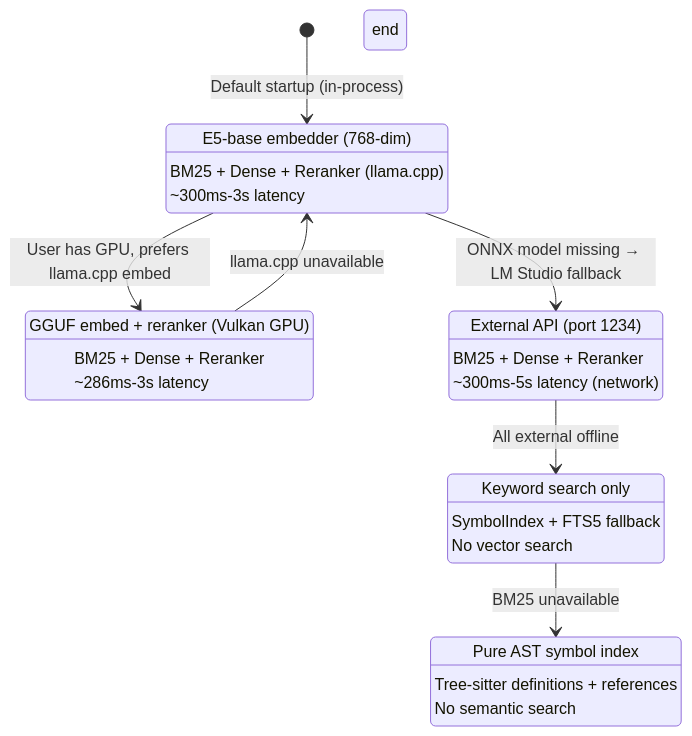
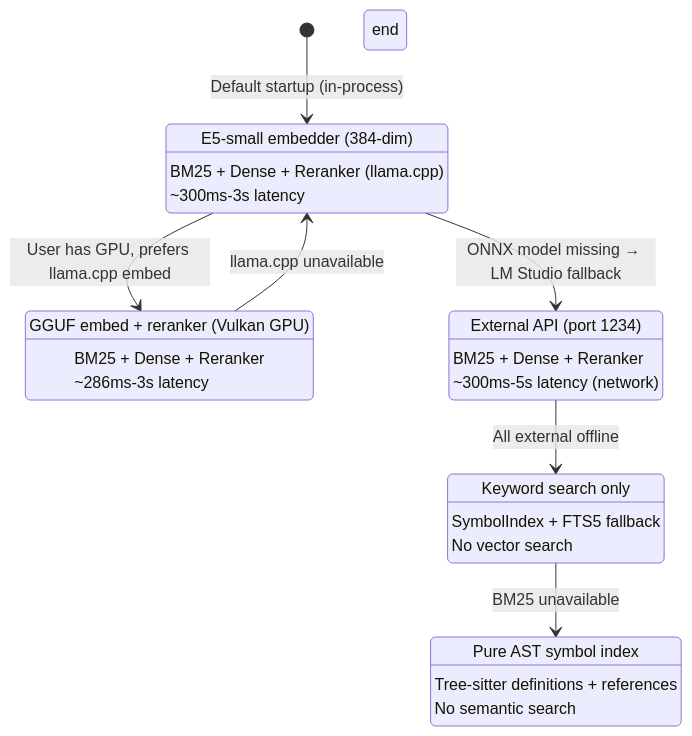
One commit to ManSio/mscodebase-intelligence changed the first of 4 diagrams in docs/en/GRACEFUL_DEGRADATION.md. Above: the diagram before and after it, drawn with Mermaid. The commit also changed other lines of this file and 23 other files, not shown here.

````diff
--- a/docs/en/GRACEFUL_DEGRADATION.md
+++ b/docs/en/GRACEFUL_DEGRADATION.md
@@ -17,43 +17,43 @@
 ```mermaid
 stateDiagram-v2
     [*] --> L1_ONNX: Default startup (in-process)
 
     state L1_ONNX[Level 1: ONNX/OpenVINO INT8 (in-process)]
-        L1_ONNX: E5-base embedder (768-dim)
+        L1_ONNX: E5-small embedder (384-dim)
         L1_ONNX: BM25 + Dense + Reranker (llama.cpp)
         L1_ONNX: ~300ms-3s latency
     end
 
     L1_ONNX --> L2_GGUF: User has GPU, prefers llama.cpp embed
     L1_ONNX --> L3_LM: ONNX model missing → LM Studio fallback
 
     state L2_GGUF[Level 2: llama.cpp GGUF (GPU)]
         L2_GGUF: GGUF embed + reranker (Vulkan GPU)
         L2_GGUF: BM25 + Dense + Reranker
         L2_GGUF: ~286ms-3s latency
     end
 
     L2_GGUF --> L1_ONNX: llama.cpp unavailable
 
     state L3_LM[Level 3: LM Studio (remote, optional)]
         L3_LM: External API (port 1234)
         L3_LM: BM25 + Dense + Reranker
         L3_LM: ~300ms-5s latency (network)
     end
 
     L3_LM --> L4_BM25: All external offline
 
     state L4_BM25[Level 4: BM25 Only]
         L4_BM25: Keyword search only
         L4_BM25: SymbolIndex + FTS5 fallback
         L4_BM25: No vector search
     end
 
     L4_BM25 --> L5_SYMBOL: BM25 unavailable
 
     state L5_SYMBOL[Level 5: SymbolIndex Only]
         L5_SYMBOL: Pure AST symbol index
         L5_SYMBOL: Tree-sitter definitions + references
         L5_SYMBOL: No semantic search
     end
 ```
````
